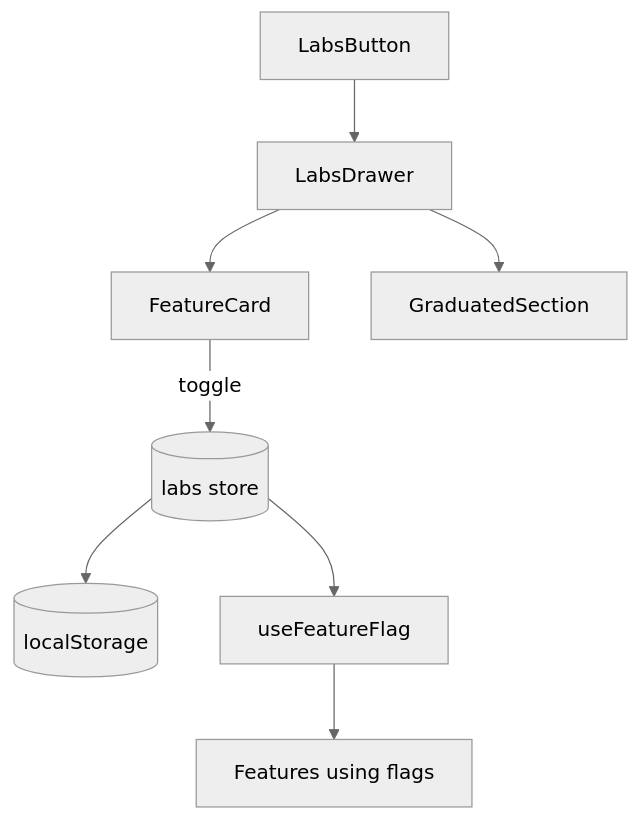
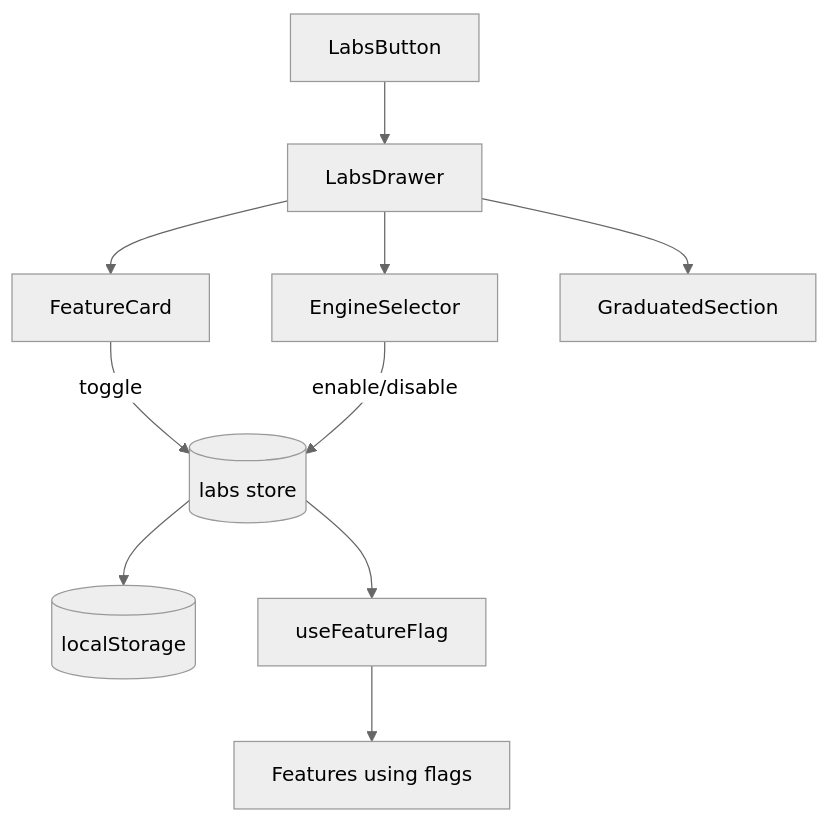
One commit to andymai/gridfinity-layout-tool changed the diagram in src/features/labs/README.md. Above: the diagram before and after it, drawn with Mermaid (neutral theme). The commit also changed other lines of this file and 8 other files, not shown here.

````diff
--- a/src/features/labs/README.md
+++ b/src/features/labs/README.md
@@ -5,8 +5,9 @@
 ```mermaid
 graph TB
     LBtn[LabsButton] --> LD[LabsDrawer]
-    LD --> FC[FeatureCard] & GS[GraduatedSection]
+    LD --> ES[EngineSelector] & FC[FeatureCard] & GS[GraduatedSection]
     FC -->|toggle| LS[(labs store)] --> LOCAL[(localStorage)]
+    ES -->|enable/disable| LS
     LS --> UFF[useFeatureFlag]
     UFF --> Features[Features using flags]
 ```
````
